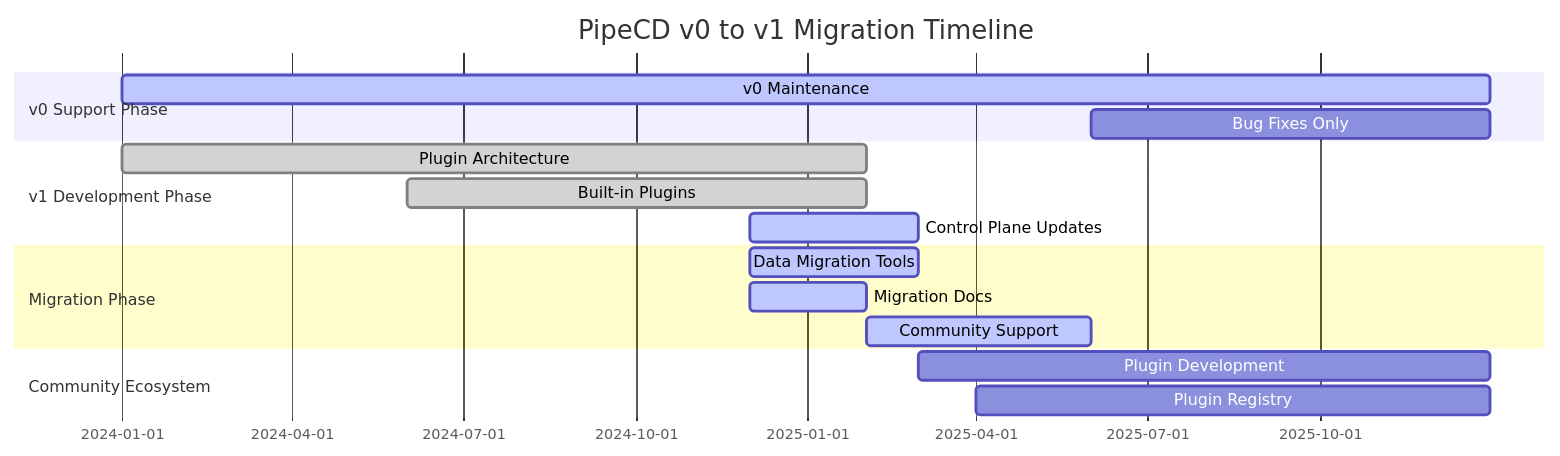
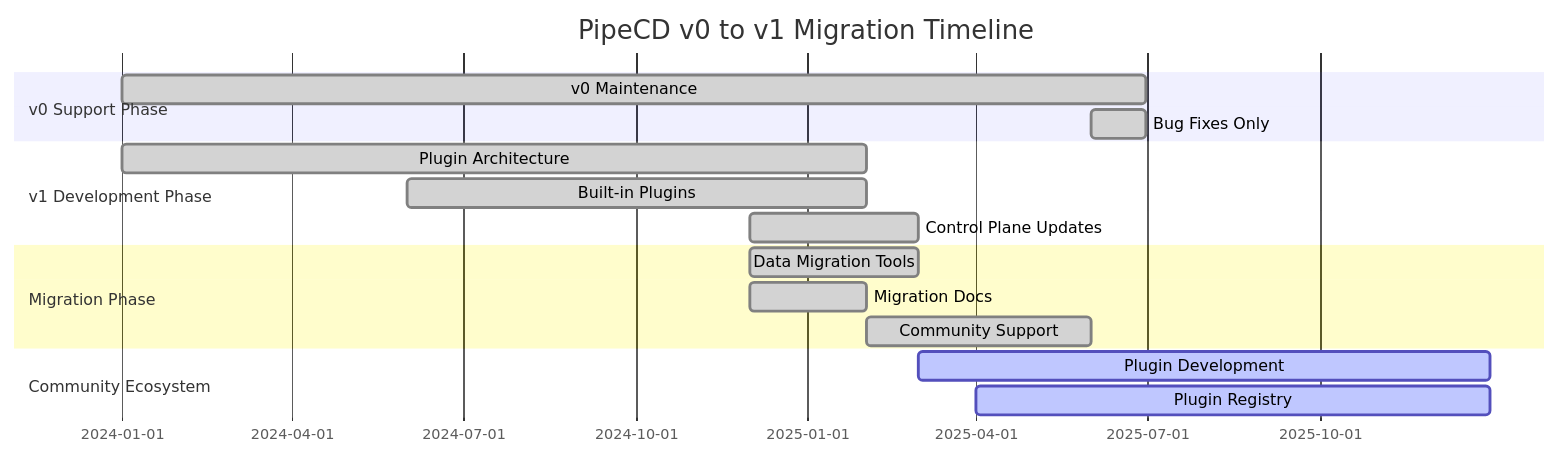
The fifth of 5 diagrams in docs/content/en/docs-dev/plugin-architecture/PLUGIN_ARCHITECTURE_README.md (pipe-cd/pipecd), drawn with Mermaid before and after one commit. The commit also changed other lines of this file, not shown here.

Commit message:
docs: update Plugin Architecture documentation with current status and migration details

````diff
--- a/docs/content/en/docs-dev/plugin-architecture/PLUGIN_ARCHITECTURE_README.md
+++ b/docs/content/en/docs-dev/plugin-architecture/PLUGIN_ARCHITECTURE_README.md
@@ -440,22 +440,22 @@
 ```mermaid
 gantt
     title PipeCD v0 to v1 Migration Timeline
     dateFormat  YYYY-MM-DD
-    section v0 Support Phase
-    v0 Maintenance        :active, v0support, 2024-01-01, 2025-12-31
-    Bug Fixes Only        :v0bugfix, 2025-06-01, 2025-12-31
-    
-    section v1 Development Phase
-    Plugin Architecture   :done, pluginarch, 2024-01-01, 2025-02-01
-    Built-in Plugins      :done, builtin, 2024-06-01, 2025-02-01
-    Control Plane Updates :active, controlplane, 2024-12-01, 2025-03-01
-    
-    section Migration Phase
-    Data Migration Tools  :active, migration, 2024-12-01, 2025-03-01
-    Migration Docs        :active, migdocs, 2024-12-01, 2025-02-01
-    Community Support     :active, support, 2025-02-01, 2025-06-01
-    
-    section Community Ecosystem
-    Plugin Development    :community, 2025-03-01, 2025-12-31
-    Plugin Registry       :registry, 2025-04-01, 2025-12-31
+  section v0 Support Phase
+  v0 Maintenance        :done, v0support, 2024-01-01, 2025-06-30
+  Bug Fixes Only        :done, v0bugfix, 2025-06-01, 2025-06-30
+
+  section v1 Development Phase
+  Plugin Architecture   :done, pluginarch, 2024-01-01, 2025-02-01
+  Built-in Plugins      :done, builtin, 2024-06-01, 2025-02-01
+  Control Plane Updates :done, controlplane, 2024-12-01, 2025-03-01
+
+  section Migration Phase
+  Data Migration Tools  :done, migration, 2024-12-01, 2025-03-01
+  Migration Docs        :done, migdocs, 2024-12-01, 2025-02-01
+  Community Support     :done, support, 2025-02-01, 2025-06-01
+
+  section Community Ecosystem
+  Plugin Development    :active, community, 2025-03-01, 2025-12-31
+  Plugin Registry       :active, registry, 2025-04-01, 2025-12-31
 ```
````
